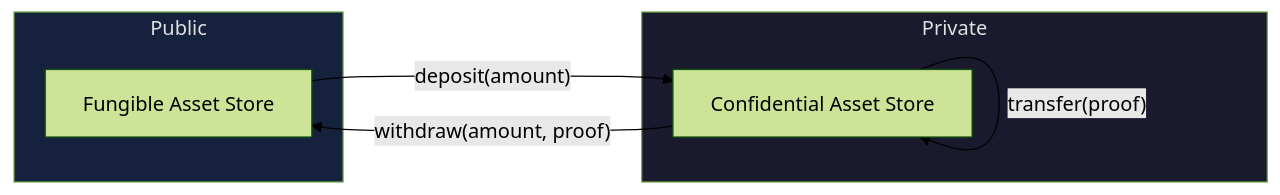
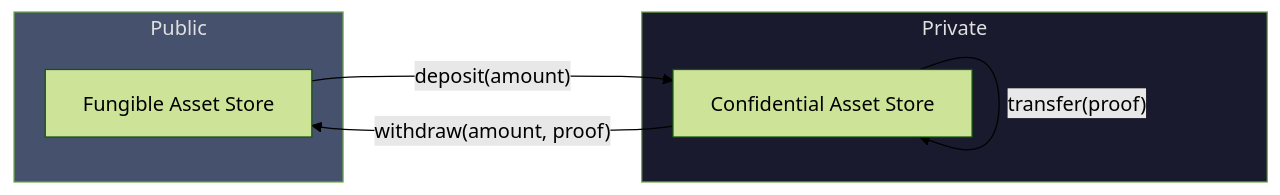
Before and after one commit to movement-network/aptos-core: the first of 15 diagrams in aptos-move/framework/aptos-experimental/whitepaper.md, drawn with Mermaid (forest theme). The commit also changed other lines of this file, not shown here.

````diff
--- a/aptos-move/framework/aptos-experimental/whitepaper.md
+++ b/aptos-move/framework/aptos-experimental/whitepaper.md
@@ -32,14 +36,14 @@
 ```mermaid
 flowchart LR
     subgraph Public
         A[Fungible Asset Store]
     end
     subgraph Private
         B[Confidential Asset Store]
     end
     A -- "deposit(amount)" --> B
     B -- "withdraw(amount, proof)" --> A
     B -- "transfer(proof)" --> B
     style Private fill:#1a1a2e,color:#e0e0e0
-    style Public fill:#16213e,color:#e0e0e0
+    style Public fill:#46516e,color:#e0e0e0
 ```
````
